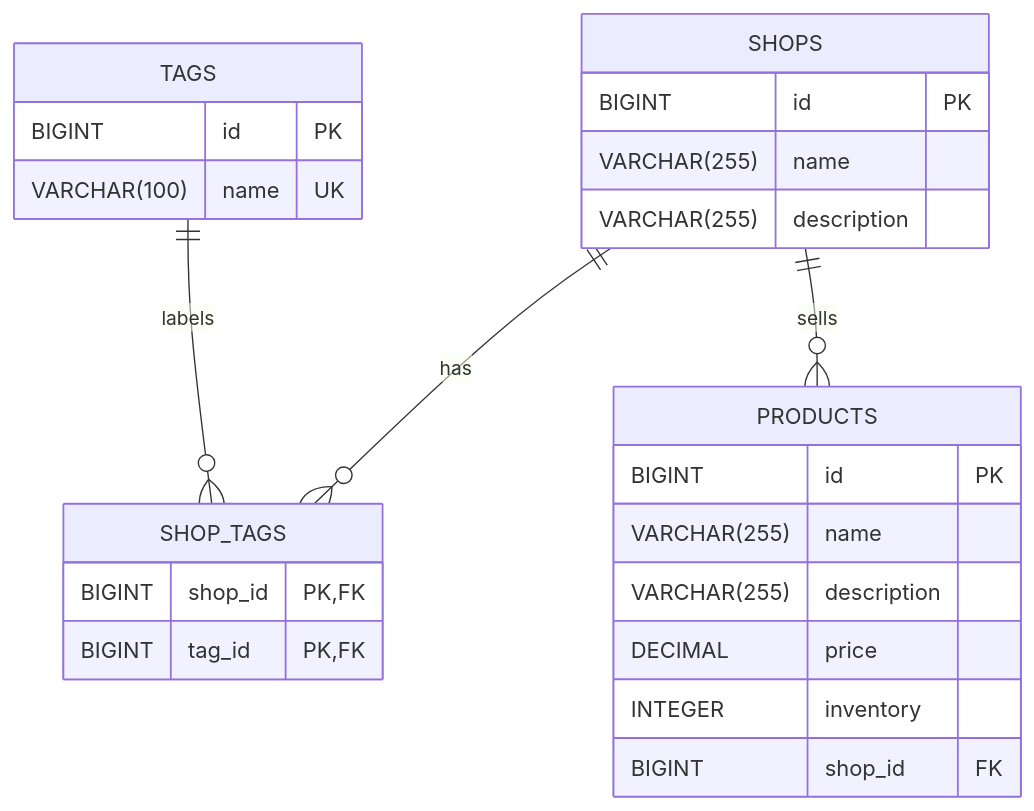
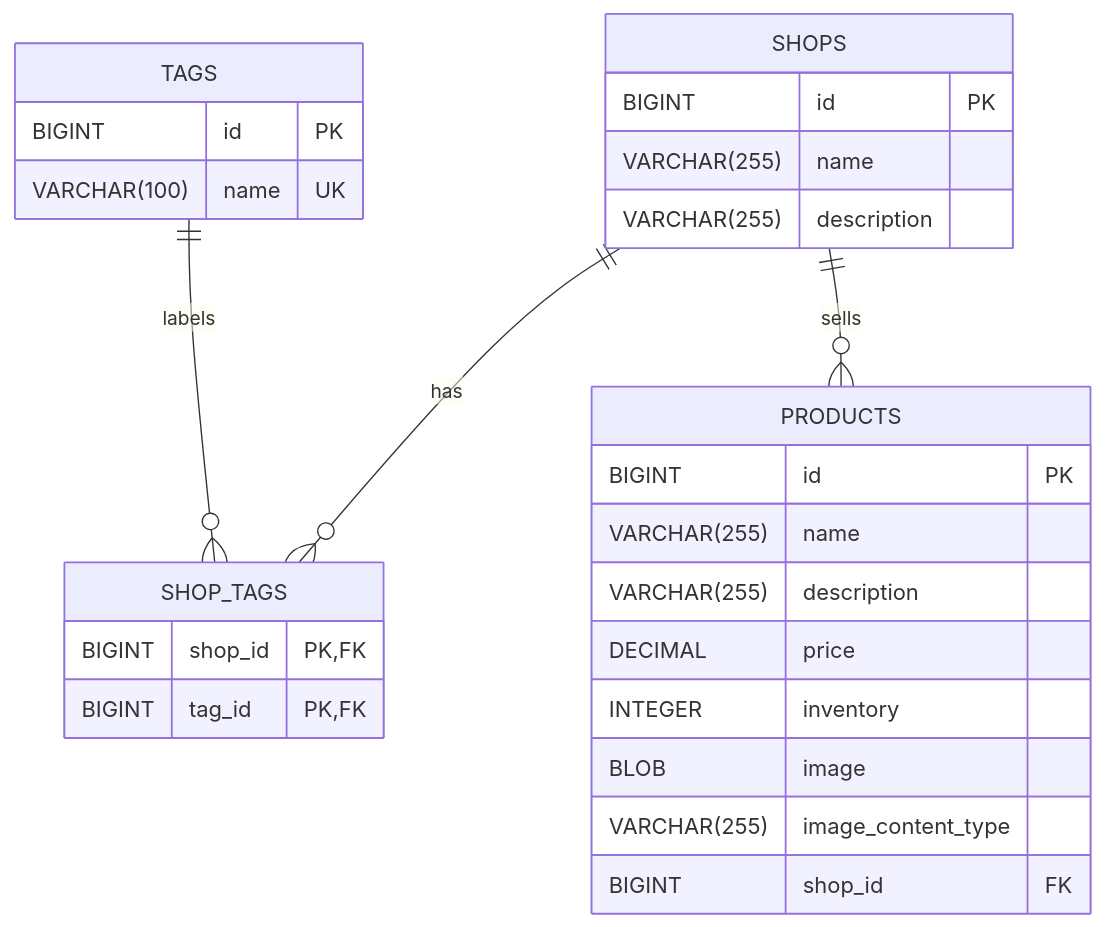
The second of 2 diagrams in README.md (JacobA31/Mini-Shopify), drawn with Mermaid before and after one commit. The commit also changed other lines of this file, not shown here.

Commit message:
Add image fields to Product model and schema
Added image and imageContentType fields to Product model and updated corresponding database schema.

````diff
--- a/README.md
+++ b/README.md
@@ -122,28 +124,30 @@
 ```mermaid
 erDiagram
     SHOPS {
         BIGINT id PK
         VARCHAR(255) name
         VARCHAR(255) description
     }
     TAGS {
         BIGINT id PK
         VARCHAR(100) name UK
     }
     SHOP_TAGS {
         BIGINT shop_id PK, FK
         BIGINT tag_id PK, FK
     }
     PRODUCTS{
         BIGINT id PK
         VARCHAR(255) name
         VARCHAR(255) description
         DECIMAL price
         INTEGER inventory
+        BLOB image
+        VARCHAR(255) image_content_type
         BIGINT shop_id FK
     }
 
     SHOPS ||--o{ SHOP_TAGS : has
     TAGS ||--o{ SHOP_TAGS : labels
     SHOPS ||--o{ PRODUCTS : sells
 ```
````
